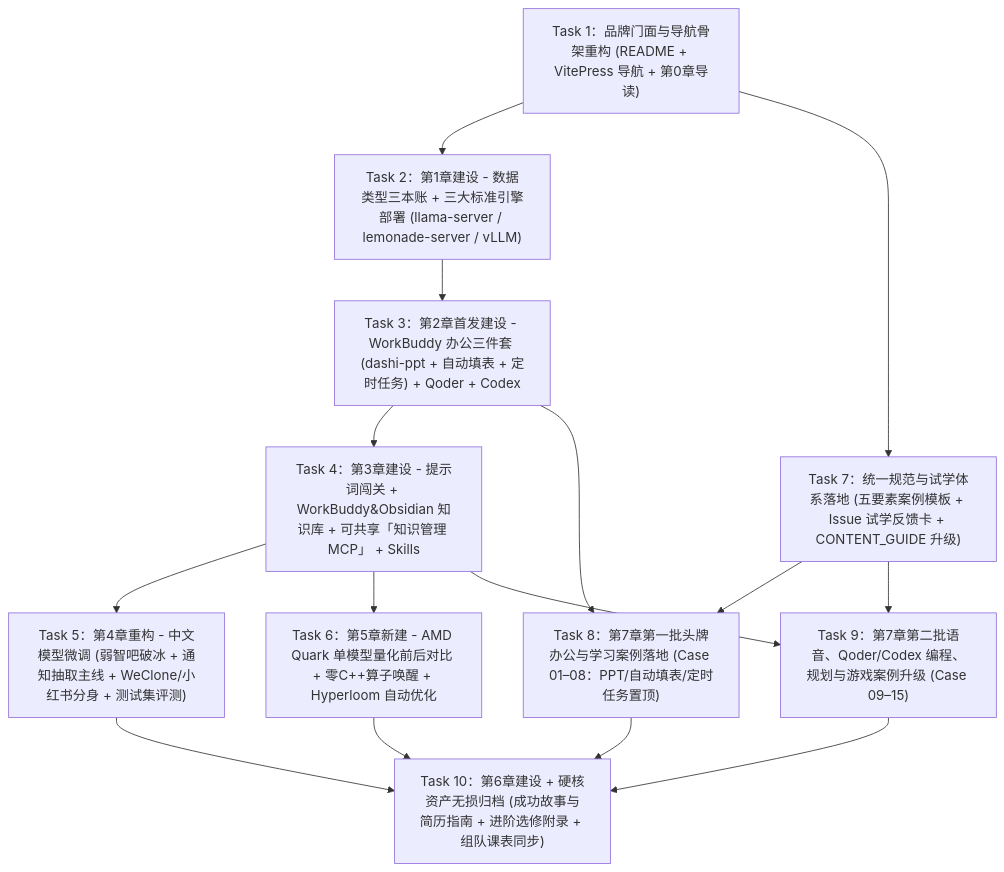
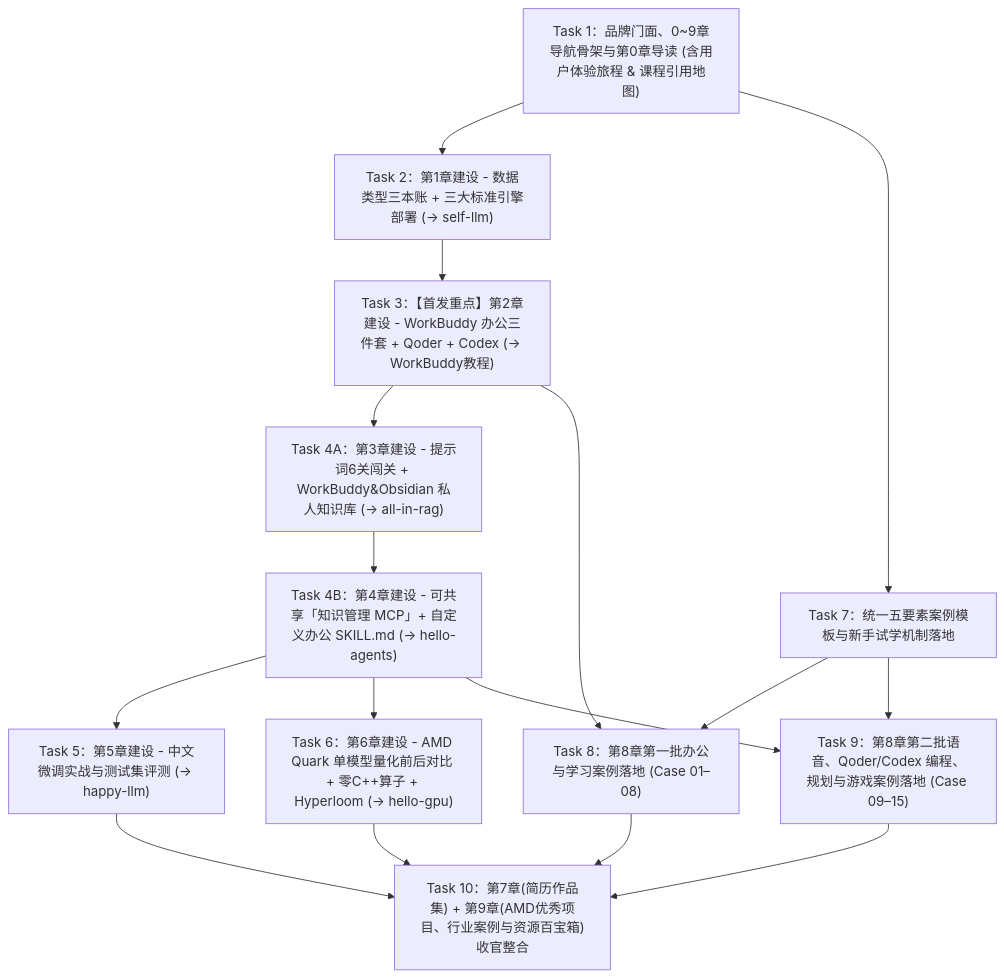
Before and after one commit to datawhalechina/hello-rocm: the diagram in docs/course-refactor/TASK_course-refactor.md, drawn with Mermaid. The commit also changed other lines of this file and 4 other files, not shown here.

````diff
--- a/docs/course-refactor/TASK_course-refactor.md
+++ b/docs/course-refactor/TASK_course-refactor.md
@@ -11,28 +11,30 @@
 ```mermaid
 flowchart TD
-    T1["Task 1：品牌门面与导航骨架重构 (README + VitePress 导航 + 第0章导读)"]
-    T2["Task 2：第1章建设 - 数据类型三本账 + 三大标准引擎部署 (llama-server / lemonade-server / vLLM)"]
-    T3["Task 3：第2章首发建设 - WorkBuddy 办公三件套 (dashi-ppt + 自动填表 + 定时任务) + Qoder + Codex"]
-    T4["Task 4：第3章建设 - 提示词闯关 + WorkBuddy&Obsidian 知识库 + 可共享「知识管理 MCP」 + Skills"]
-    T5["Task 5：第4章重构 - 中文模型微调 (弱智吧破冰 + 通知抽取主线 + WeClone/小红书分身 + 测试集评测)"]
-    T6["Task 6：第5章新建 - AMD Quark 单模型量化前后对比 + 零C++算子唤醒 + Hyperloom 自动优化"]
-    T7["Task 7：统一规范与试学体系落地 (五要素案例模板 + Issue 试学反馈卡 + CONTENT_GUIDE 升级)"]
-    T8["Task 8：第7章第一批头牌办公与学习案例落地 (Case 01–08：PPT/自动填表/定时任务置顶)"]
-    T9["Task 9：第7章第二批语音、Qoder/Codex 编程、规划与游戏案例升级 (Case 09–15)"]
-    T10["Task 10：第6章建设 + 硬核资产无损归档 (成功故事与简历指南 + 进阶选修附录 + 组队课表同步)"]
+    T1["Task 1：品牌门面、0~9章导航骨架与第0章导读 (含用户体验旅程 & 课程引用地图)"]
+    T2["Task 2：第1章建设 - 数据类型三本账 + 三大标准引擎部署 (→ self-llm)"]
+    T3["Task 3：【首发重点】第2章建设 - WorkBuddy 办公三件套 + Qoder + Codex (→ WorkBuddy教程)"]
+    T4A["Task 4A：第3章建设 - 提示词6关闯关 + WorkBuddy&Obsidian 私人知识库 (→ all-in-rag)"]
+    T4B["Task 4B：第4章建设 - 可共享「知识管理 MCP」+ 自定义办公 SKILL.md (→ hello-agents)"]
+    T5["Task 5：第5章建设 - 中文微调实战与测试集评测 (→ happy-llm)"]
+    T6["Task 6：第6章建设 - AMD Quark 单模型量化前后对比 + 零C++算子 + Hyperloom (→ hello-gpu)"]
+    T7["Task 7：统一五要素案例模板与新手试学机制落地"]
+    T8["Task 8：第8章第一批办公与学习案例落地 (Case 01–08)"]
+    T9["Task 9：第8章第二批语音、Qoder/Codex 编程、规划与游戏案例落地 (Case 09–15)"]
+    T10["Task 10：第7章(简历作品集) + 第9章(AMD优秀项目、行业案例与资源百宝箱)收官整合"]
 
     T1 --> T2
     T1 --> T7
     T2 --> T3
-    T3 --> T4
-    T4 --> T5
-    T4 --> T6
+    T3 --> T4A
+    T4A --> T4B
+    T4B --> T5
+    T4B --> T6
     T7 --> T8
     T3 --> T8
-    T4 --> T9
+    T4B --> T9
     T7 --> T9
     T5 --> T10
     T6 --> T10
     T8 --> T10
     T9 --> T10
 ```
````
